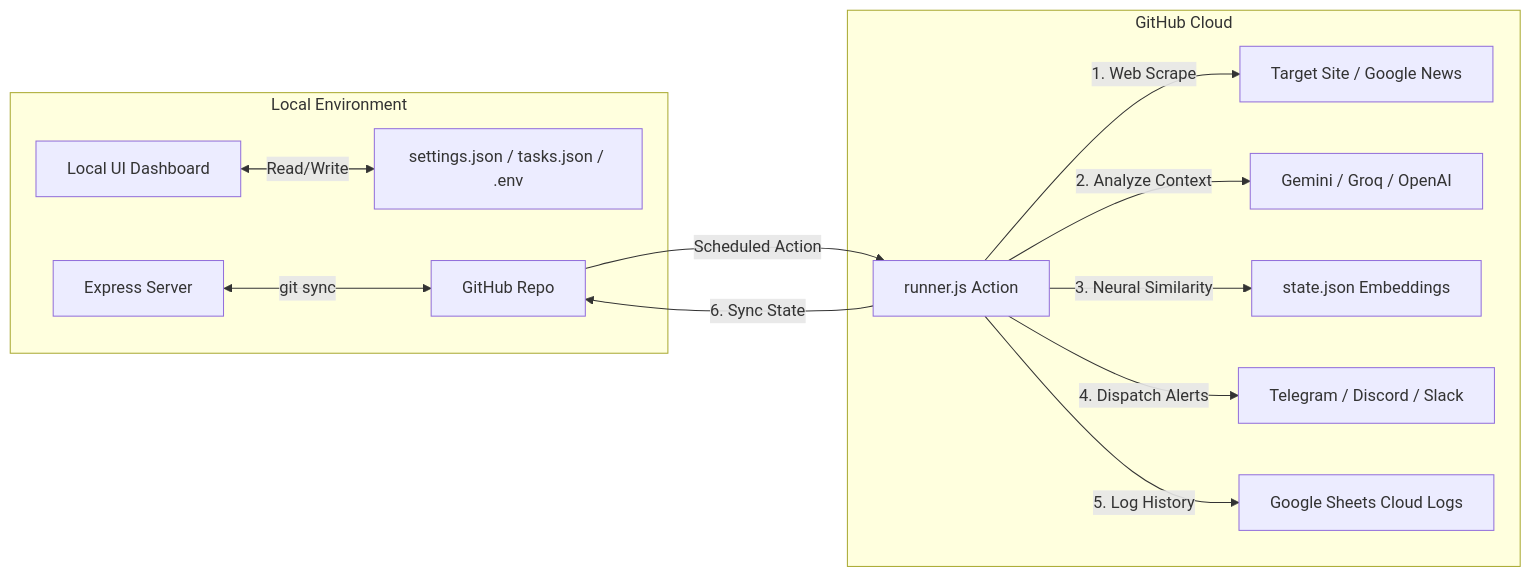
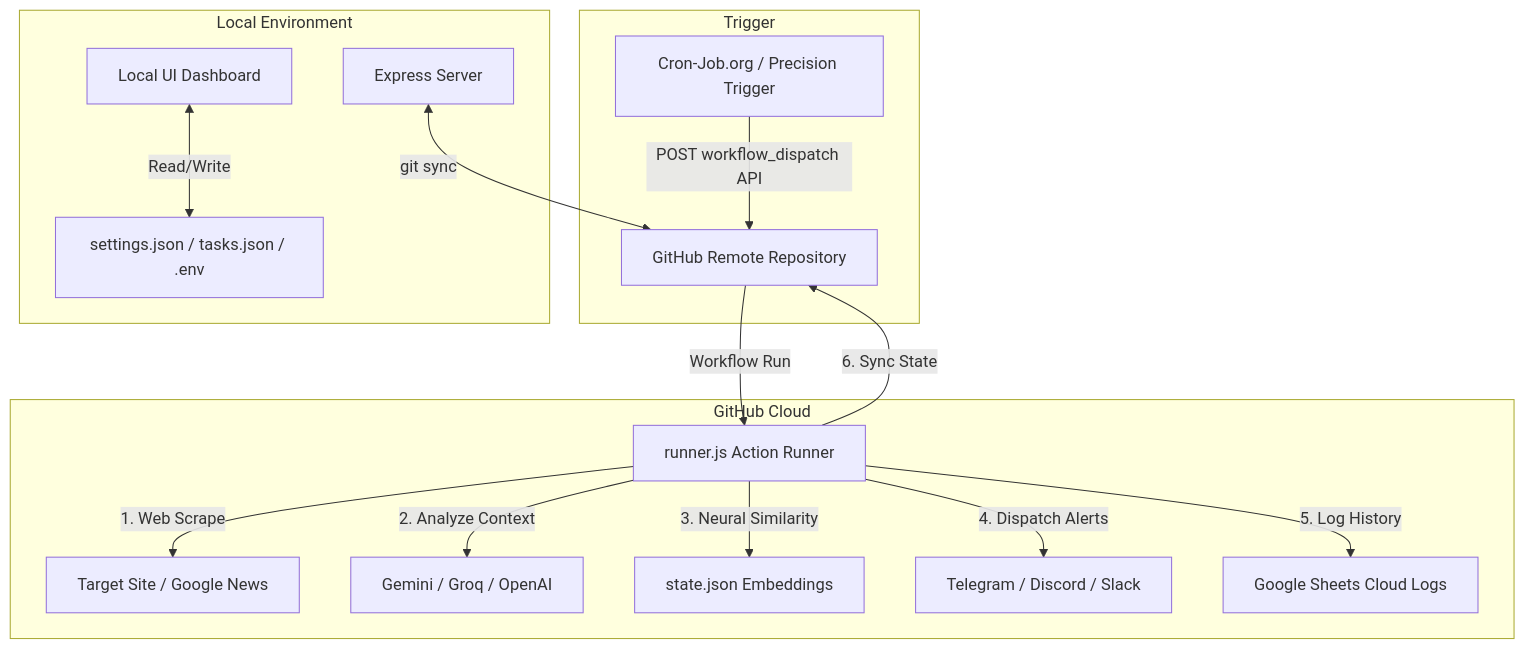
Before and after one commit to gvanilkumar/telegram-cron-alerts: the diagram in README.md, drawn with Mermaid. The commit also changed other lines of this file and 2 other files, not shown here.

Commit message:
docs: correct cloud scheduling trigger details

````diff
--- a/README.md
+++ b/README.md
@@ -12,17 +12,21 @@
 ```mermaid
-graph LR
+graph TD
+    subgraph Trigger
+        Cron[Cron-Job.org / Precision Trigger] -->|POST workflow_dispatch API| GitHub[GitHub Remote Repository]
+    end
+
     subgraph Local Environment
         UI[Local UI Dashboard] <-->|Read/Write| Configs[settings.json / tasks.json / .env]
-        Server[Express Server] <-->|git sync| GitHub[GitHub Repo]
+        Server[Express Server] <-->|git sync| GitHub
     end
 
     subgraph GitHub Cloud
-        GitHub -->|Scheduled Action| Runner[runner.js Action]
+        GitHub -->|Workflow Run| Runner[runner.js Action Runner]
         Runner -->|1. Web Scrape| Target[Target Site / Google News]
         Runner -->|2. Analyze Context| LLM[Gemini / Groq / OpenAI]
         Runner -->|3. Neural Similarity| State[state.json Embeddings]
         Runner -->|4. Dispatch Alerts| Channels[Telegram / Discord / Slack]
         Runner -->|5. Log History| Sheets[Google Sheets Cloud Logs]
         Runner -->|6. Sync State| GitHub
     end
 ```
````
